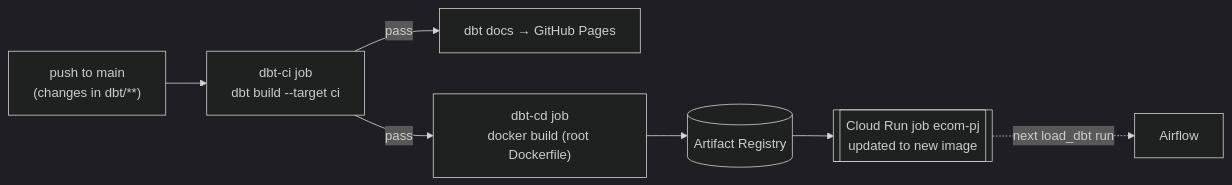
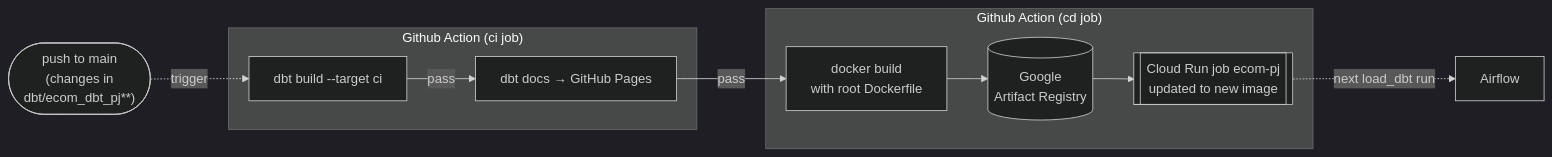
Before and after one commit to candychen00/faker-ecom-project__airflow_dbt: the third of 3 diagrams in README.md, drawn with Mermaid (dark theme). The commit also changed other lines of this file and 1 other file, not shown here.

````diff
--- a/README.md
+++ b/README.md
@@ -125,9 +141,22 @@
 ```mermaid
 flowchart LR
-    PUSH["push to main<br>(changes in dbt/**)"] --> CI["dbt-ci job<br>dbt build --target ci"]
-    CI -- pass --> DOCS["dbt docs → GitHub Pages"]
-    CI -- pass --> CD["dbt-cd job<br>docker build (root Dockerfile)"]
-    CD --> GAR[(Artifact Registry)]
-    GAR --> JOB[["Cloud Run job ecom-pj<br>updated to new image"]]
+    PUSH(["push to main<br>(changes in<br>dbt/ecom_dbt_pj**)"])
+    
+    subgraph GHCI["Github Action (ci job)"]
+        CI["dbt build --target ci"]
+        DOCS["dbt docs → GitHub Pages"]
+    end
+
+    subgraph GHCD["Github Action (cd job)"]
+        CD["docker build <br>with root Dockerfile"]
+        GAR[(Google<br>Artifact Registry)]
+        JOB[["Cloud Run job ecom-pj<br>updated to new image"]]
+    end
+    
     JOB -. "next load_dbt run" .-> AIR["Airflow"]
+
+    PUSH -. trigger .-> CI
+    CI -- pass --> DOCS
+    DOCS -- pass --> CD --> GAR --> JOB
+
 ```
````
